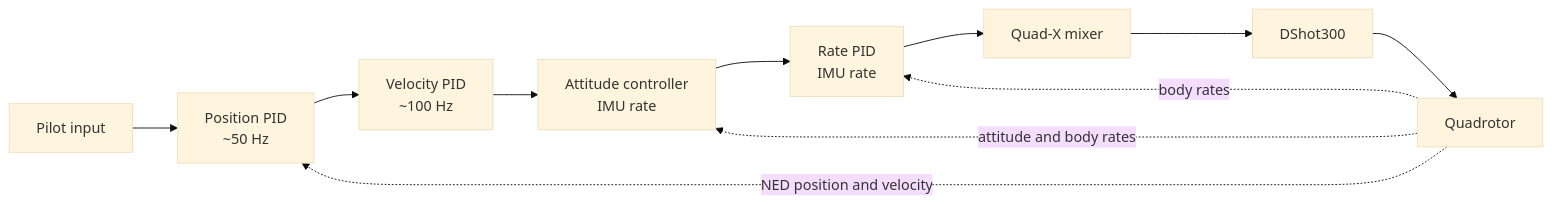
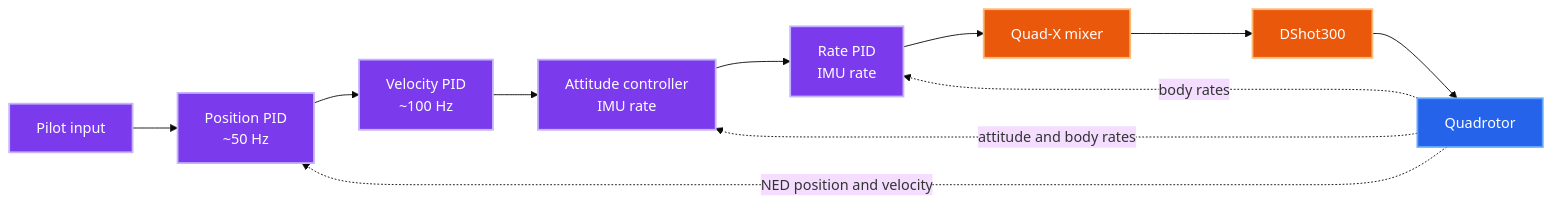
Before and after one commit to nafs09/dual-control-drone-flight-controller: the second of 3 diagrams in README.md, drawn with Mermaid (base theme). The commit also changed other lines of this file and 4 other files, not shown here.

````diff
--- a/README.md
+++ b/README.md
@@ -83,23 +95,30 @@
 ```mermaid
 flowchart LR
   PILOT["Pilot input"]
   POS["Position PID<br/>~50 Hz"]
   VEL["Velocity PID<br/>~100 Hz"]
   ATT["Attitude controller<br/>IMU rate"]
   RATE["Rate PID<br/>IMU rate"]
   MIX["Quad-X mixer"]
   DSHOT["DShot300"]
   PLANT["Quadrotor"]
 
   PILOT --> POS
   POS --> VEL
   VEL --> ATT
   ATT --> RATE
   RATE --> MIX
   MIX --> DSHOT
   DSHOT --> PLANT
 
+  classDef ctrl fill:#7c3aed,color:#fff,stroke:#c4b5fd,stroke-width:2px
+  classDef actuation fill:#ea580c,color:#fff,stroke:#fdba74,stroke-width:2px
+  classDef aircraft fill:#2563eb,color:#fff,stroke:#60a5fa,stroke-width:2px
+  class PILOT,POS,VEL,ATT,RATE ctrl
+  class MIX,DSHOT actuation
+  class PLANT aircraft
+
   PLANT -. "NED position and velocity" .-> POS
   PLANT -. "attitude and body rates" .-> ATT
   PLANT -. "body rates" .-> RATE
 ```
````
